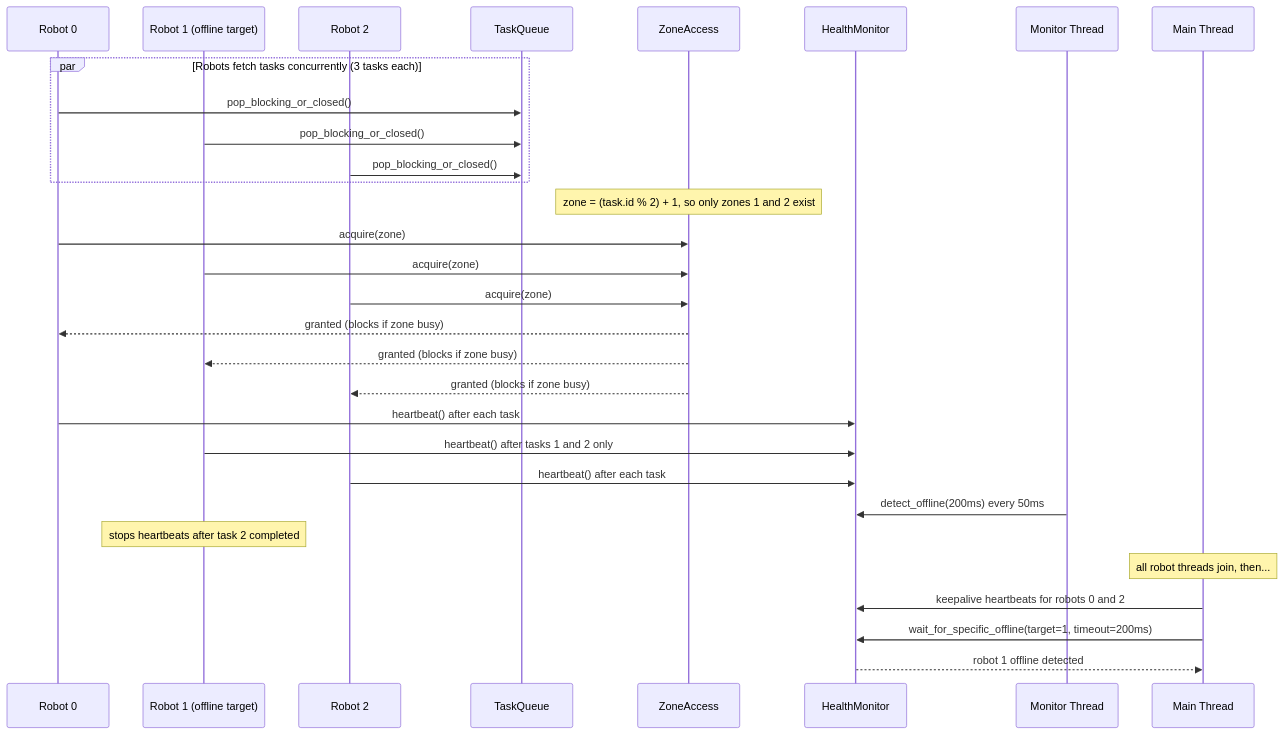
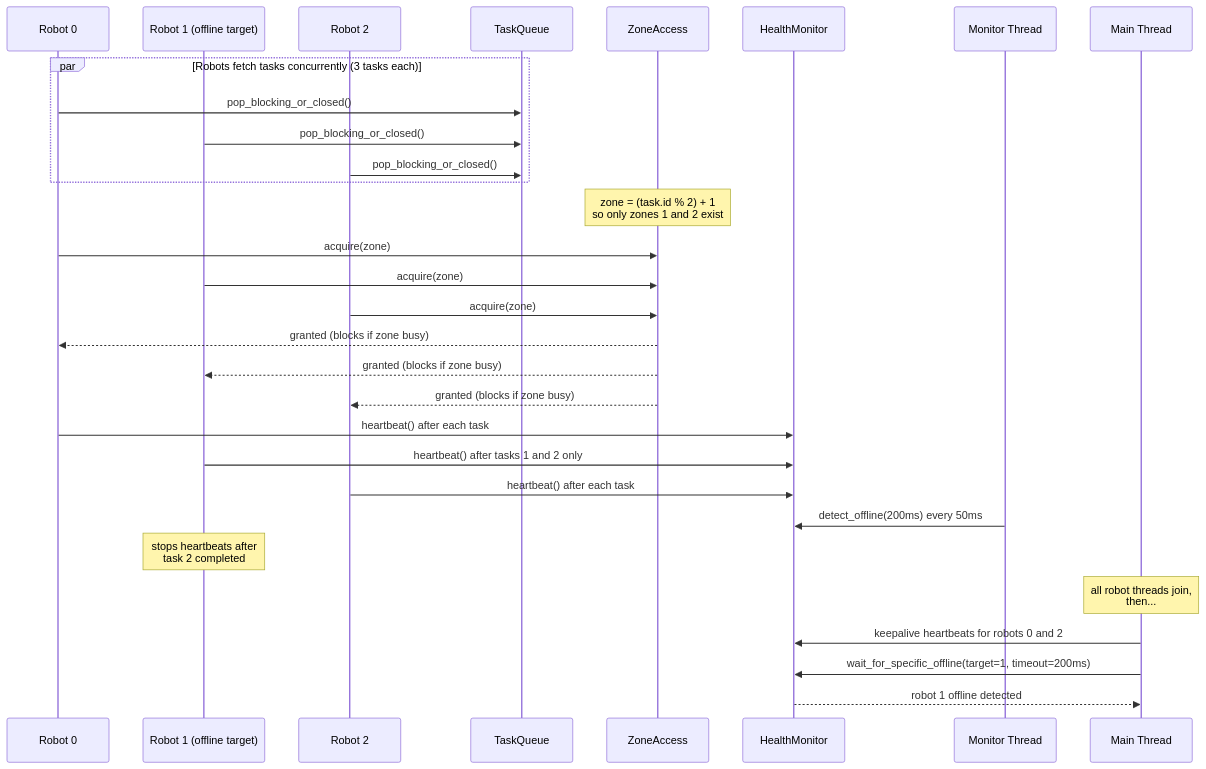
The second of 6 diagrams in DIAGRAMS.md (HaochenFa/Medical-Care-Robot-Coordination-System-Core), drawn with Mermaid before and after one commit. The commit also changed other lines of this file, not shown here.

````diff
--- a/DIAGRAMS.md
+++ b/DIAGRAMS.md
@@ -46,39 +46,39 @@
 ```mermaid
 sequenceDiagram
     participant R0 as Robot 0
     participant R1 as Robot 1 (offline target)
     participant R2 as Robot 2
     participant Q as TaskQueue
     participant Z as ZoneAccess
     participant H as HealthMonitor
     participant M as Monitor Thread
     participant Main as Main Thread
 
     par Robots fetch tasks concurrently (3 tasks each)
         R0->>Q: pop_blocking_or_closed()
         R1->>Q: pop_blocking_or_closed()
         R2->>Q: pop_blocking_or_closed()
     end
 
-    note over Z: zone = (task.id % 2) + 1, so only zones 1 and 2 exist
+    note over Z: zone = (task.id % 2) + 1<br/>so only zones 1 and 2 exist
 
     R0->>Z: acquire(zone)
     R1->>Z: acquire(zone)
     R2->>Z: acquire(zone)
     Z-->>R0: granted (blocks if zone busy)
     Z-->>R1: granted (blocks if zone busy)
     Z-->>R2: granted (blocks if zone busy)
 
     R0->>H: heartbeat() after each task
     R1->>H: heartbeat() after tasks 1 and 2 only
     R2->>H: heartbeat() after each task
 
     M->>H: detect_offline(200ms) every 50ms
 
-    note over R1: stops heartbeats after task 2 completed
+    note over R1: stops heartbeats after<br/>task 2 completed
 
-    note over Main: all robot threads join, then...
+    note over Main: all robot threads join,<br/>then...
     Main->>H: keepalive heartbeats for robots 0 and 2
     Main->>H: wait_for_specific_offline(target=1, timeout=200ms)
     H-->>Main: robot 1 offline detected
 ```
````
